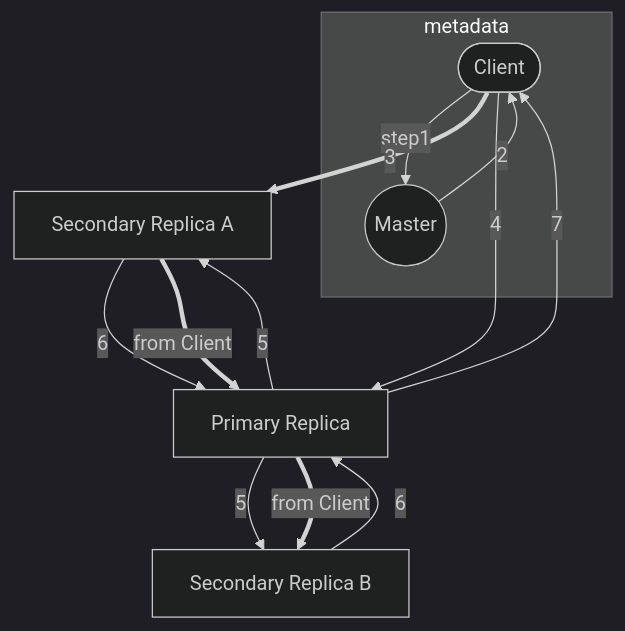
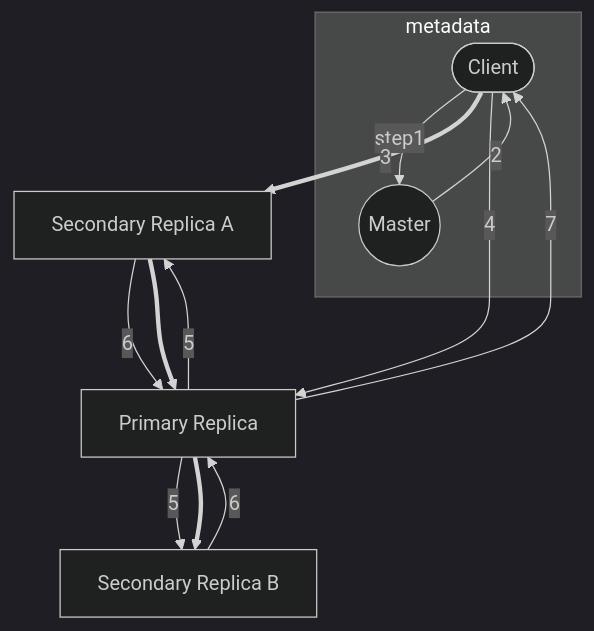
One commit to cs0/cs0.github.io changed the diagram in _posts/system-design/mit-6-824/2022-07-07-gfs.md. Above: the diagram before and after it, drawn with Mermaid (dark theme). The commit also changed other lines of this file and 1 other file, not shown here.

Commit message:
mermaid enabled

````diff
--- a/_posts/system-design/mit-6-824/2022-07-07-gfs.md
+++ b/_posts/system-design/mit-6-824/2022-07-07-gfs.md
@@ -97,17 +97,17 @@
 ```mermaid
 graph TD;
     subgraph metadata;
     A([Client])-->|step1| B((Master));
     B -->|2| A;
     end;
 
     A ==>|3| C[Secondary Replica A];
     A -->|4| D;
     C -->|6| D[Primary Replica];
-    C ==>|from Client| D
+    C ==> D
     D -->|5| C;
     D -->|5| E[Secondary Replica B];
-    D ==>|from Client| E;
+    D ==> E;
     E -->|6| D;
     D -->|7| A;
 ```
````
